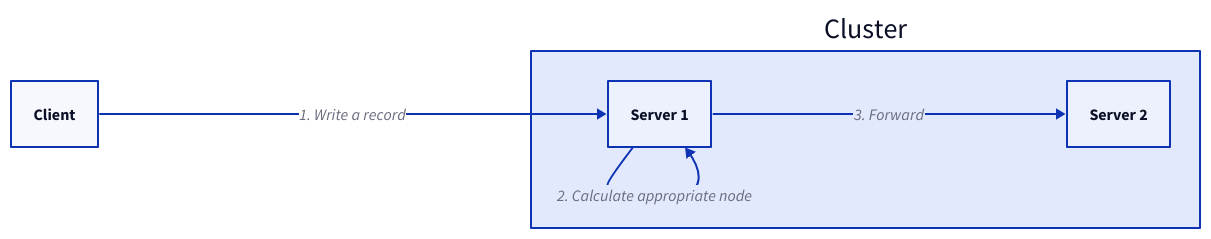
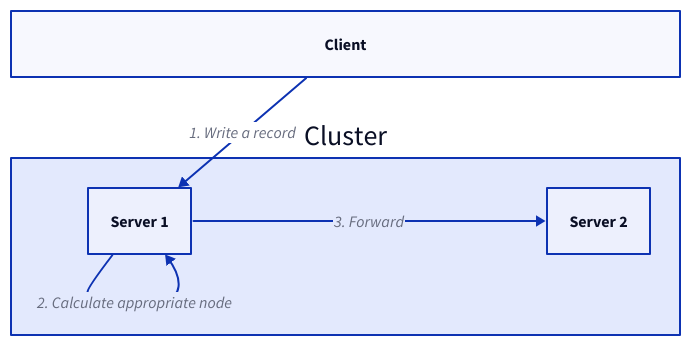
One commit to link1905/system-design-101 changed the eighth of 17 diagrams in content/docs/data-persistence/distributed-database/peer-to-peer-architecture/gossip-protocol.md. Above: the diagram before and after it, drawn with D2. The commit also changed other lines of this file and 40 other files, not shown here.

````diff
--- a/content/docs/data-persistence/distributed-database/peer-to-peer-architecture/gossip-protocol.md
+++ b/content/docs/data-persistence/distributed-database/peer-to-peer-architecture/gossip-protocol.md
@@ -232,18 +360,18 @@
 ```d2
-
-direction: right
+grid-rows: 2
+client: Client {
+  class: client
+}
 c: Cluster {
+  direction: right
   n1: Server 1 {
     class: server
   }
   n2: Server 2 {
     class: server
   }
 }
-client: Client {
-  class: client
-}
 client -> c.n1: "1. Write a record"
-c.n1 -> c.n1: "2. Calculate appropriate node" 
-c.n1 -> c.n2: "3. Forward" 
+c.n1 -> c.n1: "2. Calculate appropriate node"
+c.n1 -> c.n2: "3. Forward"
 ```
````
